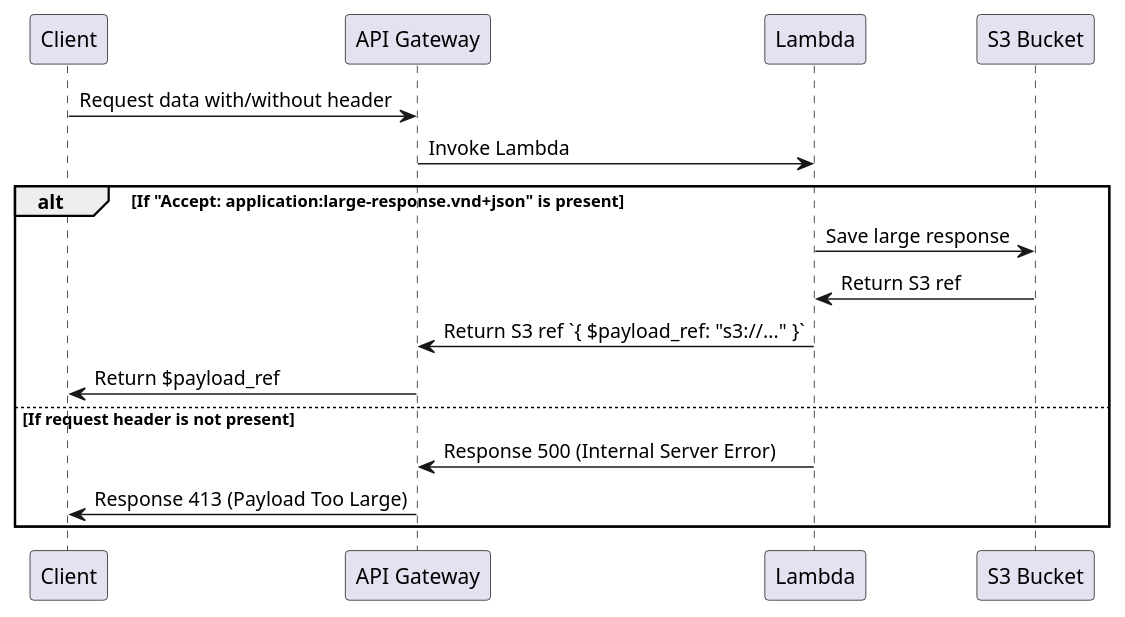
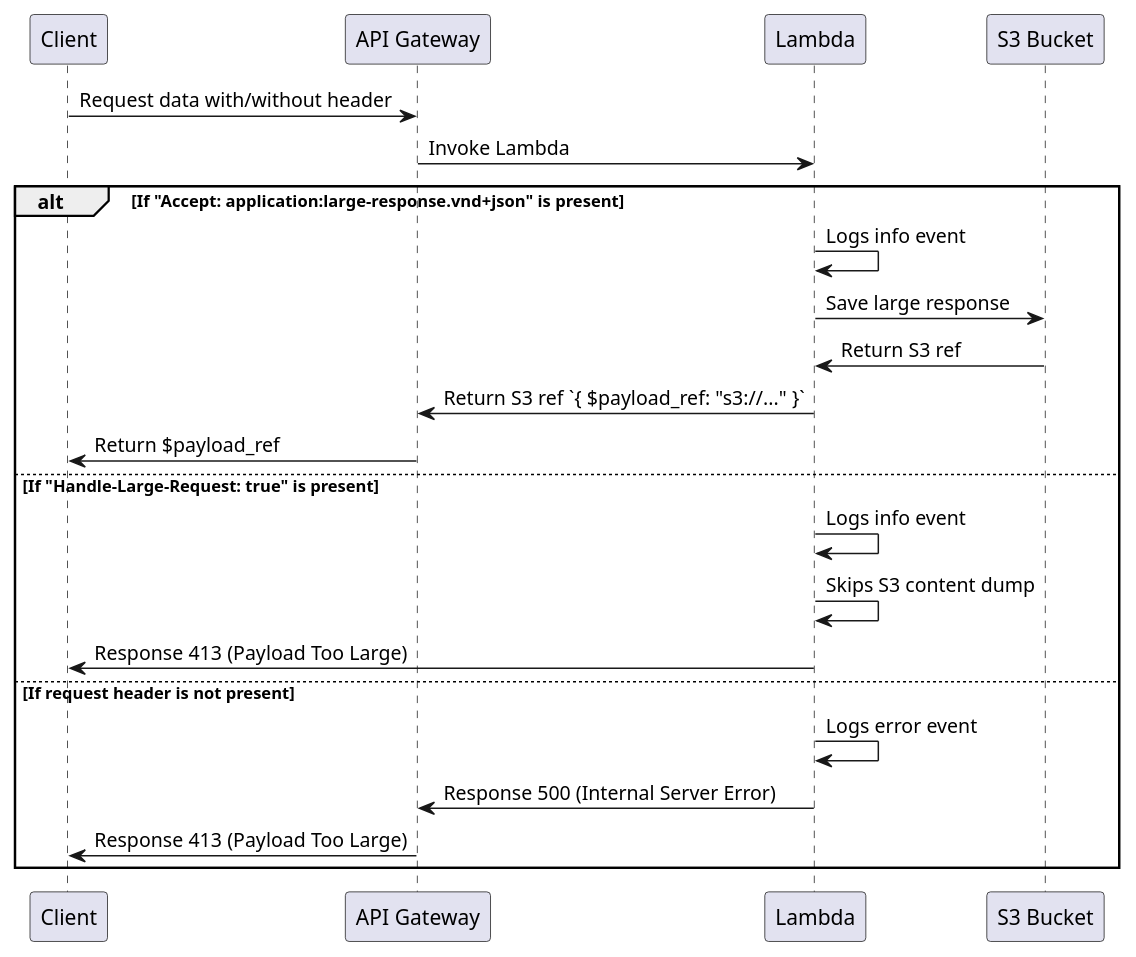
One commit to epilot-dev/aws-lambda-utility-middlewares changed the diagram in packages/large-response-middleware/docs/architecture-1.plantuml. Above: the diagram before and after it, drawn with PlantUML. The commit also changed 2 other files, not shown here.

```diff
--- a/packages/large-response-middleware/docs/architecture-1.plantuml
+++ b/packages/large-response-middleware/docs/architecture-1.plantuml
@@ -1,21 +1,27 @@
 @startuml "Architecture - Sequence Diagram"
 
 participant Client
 participant "API Gateway"
 participant Lambda
 participant "S3 Bucket"
 
 Client -> "API Gateway": Request data with/without header
 "API Gateway" -> Lambda: Invoke Lambda
 
 alt If "Accept: application:large-response.vnd+json" is present
+    Lambda -> Lambda: Logs info event
     Lambda -> "S3 Bucket": Save large response
     "S3 Bucket" -> Lambda: Return S3 ref
     Lambda -> "API Gateway": Return S3 ref `{ $payload_ref: "s3://..." }`
     "API Gateway" -> Client: Return $payload_ref
+else If "Handle-Large-Request: true" is present
+    Lambda -> Lambda: Logs info event
+    Lambda -> Lambda: Skips S3 content dump
+    Lambda -> Client: Response 413 (Payload Too Large)
 else If request header is not present
+    Lambda -> Lambda: Logs error event
     Lambda -> "API Gateway": Response 500 (Internal Server Error)
     "API Gateway" -> Client: Response 413 (Payload Too Large)
 end
 
 @enduml
```
